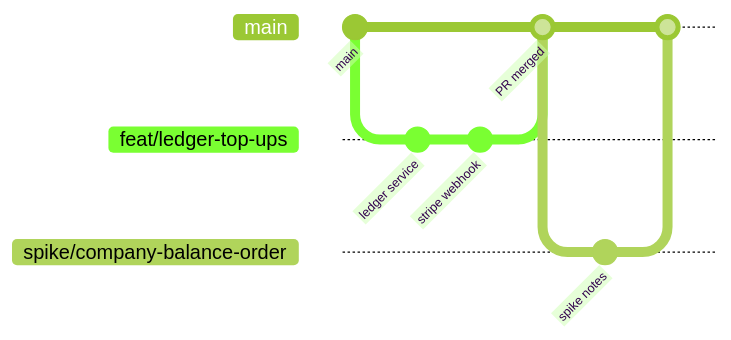
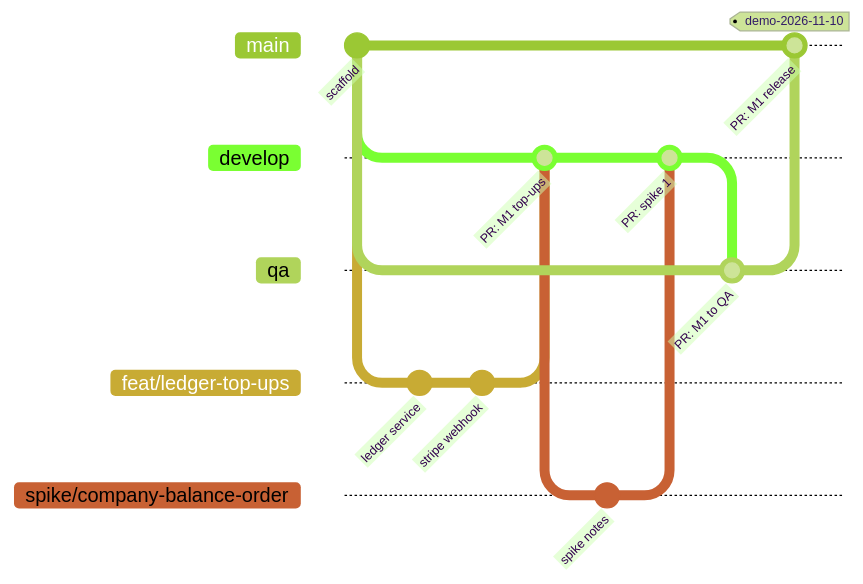
One commit to sonishivam1/corporate-gifting changed the diagram in docs/engineering/git-workflow.md. Above: the diagram before and after it, drawn with Mermaid (forest theme). The commit also changed other lines of this file and 4 other files, not shown here.

First line of the commit message:
ci: run CI on develop and qa; document the develop → qa → main flow

````diff
--- a/docs/engineering/git-workflow.md
+++ b/docs/engineering/git-workflow.md
@@ -5,15 +17,20 @@
 ```mermaid
 gitGraph
-  commit id: "main"
+  commit id: "scaffold"
+  branch develop
+  branch qa
+  checkout develop
   branch feat/ledger-top-ups
-  checkout feat/ledger-top-ups
   commit id: "ledger service"
   commit id: "stripe webhook"
+  checkout develop
+  merge feat/ledger-top-ups id: "PR: M1 top-ups"
+  branch spike/company-balance-order
+  commit id: "spike notes"
+  checkout develop
+  merge spike/company-balance-order id: "PR: spike 1"
+  checkout qa
+  merge develop id: "PR: M1 to QA"
   checkout main
-  merge feat/ledger-top-ups id: "PR merged"
-  branch spike/company-balance-order
-  checkout spike/company-balance-order
-  commit id: "spike notes"
-  checkout main
-  merge spike/company-balance-order
+  merge qa id: "PR: M1 release" tag: "demo-2026-11-10"
 ```
````
